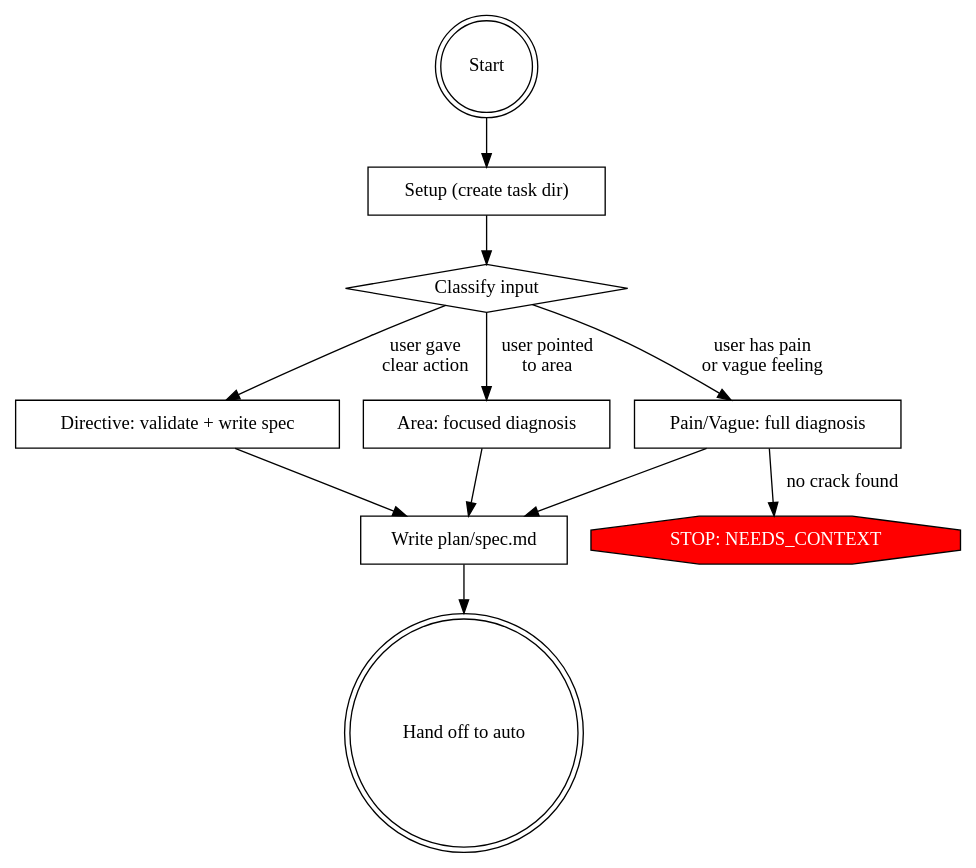
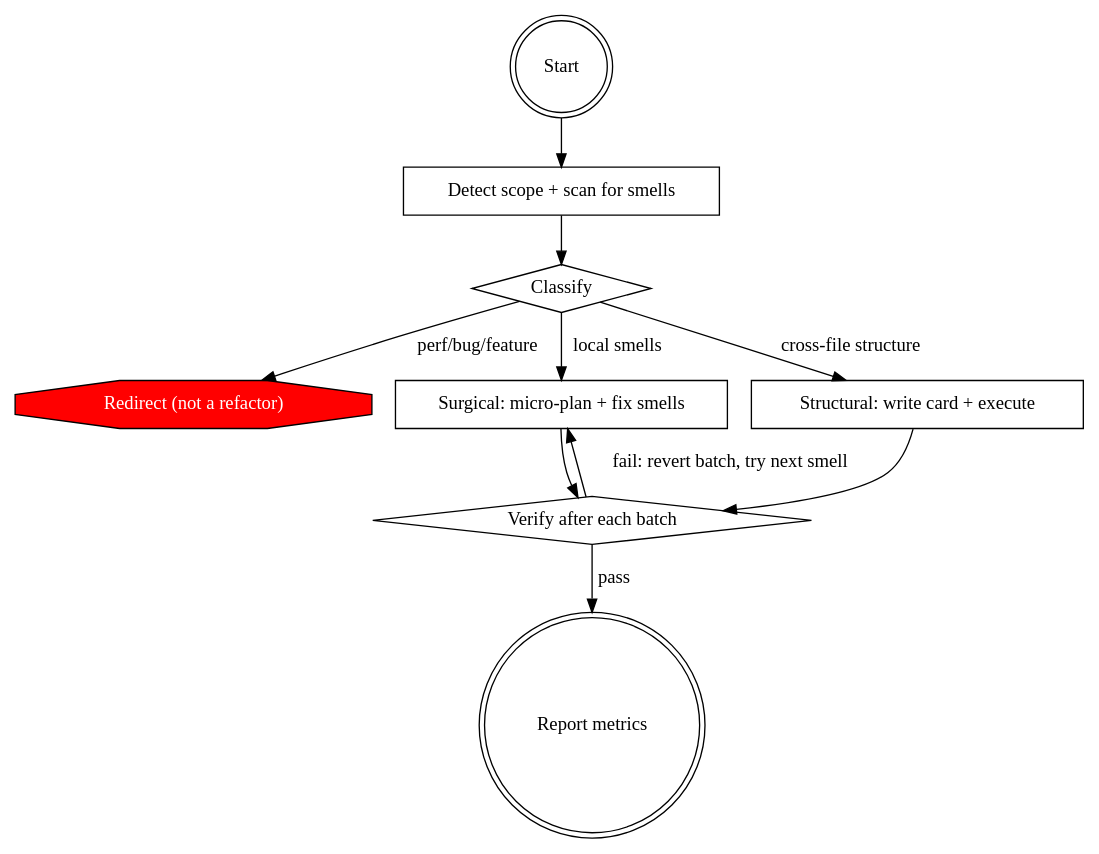
Before and after one commit to heliohq/ship: the diagram in skills/refactor/SKILL.md, drawn with Graphviz. The commit also changed other lines of this file and 4 other files, not shown here.

````diff
--- a/skills/refactor/SKILL.md
+++ b/skills/refactor/SKILL.md
@@ -60,26 +53,24 @@
 ```dot
 digraph refactor {
     rankdir=TB;
 
     "Start" [shape=doublecircle];
-    "Setup (create task dir)" [shape=box];
-    "Classify input" [shape=diamond];
-    "Directive: validate + write spec" [shape=box];
-    "Area: focused diagnosis" [shape=box];
-    "Pain/Vague: full diagnosis" [shape=box];
-    "Write plan/spec.md" [shape=box];
-    "Hand off to auto" [shape=doublecircle];
-    "STOP: NEEDS_CONTEXT" [shape=octagon, style=filled, fillcolor=red, fontcolor=white];
+    "Detect scope + scan for smells" [shape=box];
+    "Classify" [shape=diamond];
+    "Redirect (not a refactor)" [shape=octagon, style=filled, fillcolor=red, fontcolor=white];
+    "Surgical: micro-plan + fix smells" [shape=box];
+    "Structural: write card + execute" [shape=box];
+    "Verify after each batch" [shape=diamond];
+    "Report metrics" [shape=doublecircle];
 
-    "Start" -> "Setup (create task dir)";
-    "Setup (create task dir)" -> "Classify input";
-    "Classify input" -> "Directive: validate + write spec" [label="user gave\nclear action"];
-    "Classify input" -> "Area: focused diagnosis" [label="user pointed\nto area"];
-    "Classify input" -> "Pain/Vague: full diagnosis" [label="user has pain\nor vague feeling"];
-    "Directive: validate + write spec" -> "Write plan/spec.md";
-    "Area: focused diagnosis" -> "Write plan/spec.md";
-    "Pain/Vague: full diagnosis" -> "Write plan/spec.md";
-    "Pain/Vague: full diagnosis" -> "STOP: NEEDS_CONTEXT" [label="no crack found"];
-    "Write plan/spec.md" -> "Hand off to auto";
+    "Start" -> "Detect scope + scan for smells";
+    "Detect scope + scan for smells" -> "Classify";
+    "Classify" -> "Redirect (not a refactor)" [label="perf/bug/feature"];
+    "Classify" -> "Surgical: micro-plan + fix smells" [label="local smells"];
+    "Classify" -> "Structural: write card + execute" [label="cross-file structure"];
+    "Surgical: micro-plan + fix smells" -> "Verify after each batch";
+    "Structural: write card + execute" -> "Verify after each batch";
+    "Verify after each batch" -> "Report metrics" [label="pass"];
+    "Verify after each batch" -> "Surgical: micro-plan + fix smells" [label="fail: revert batch, try next smell"];
 }
 ```
````
